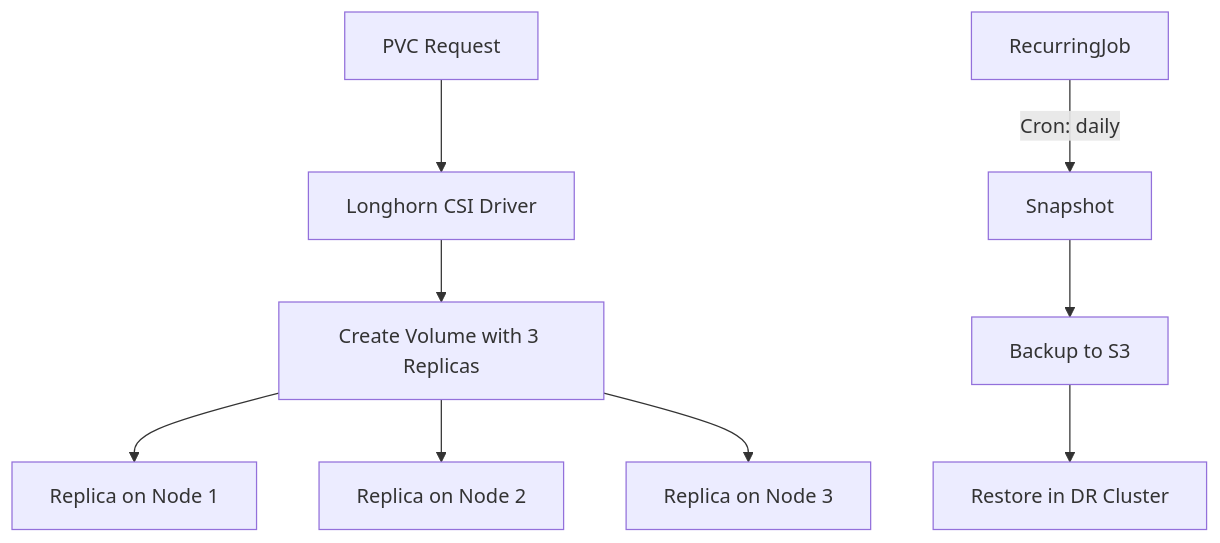
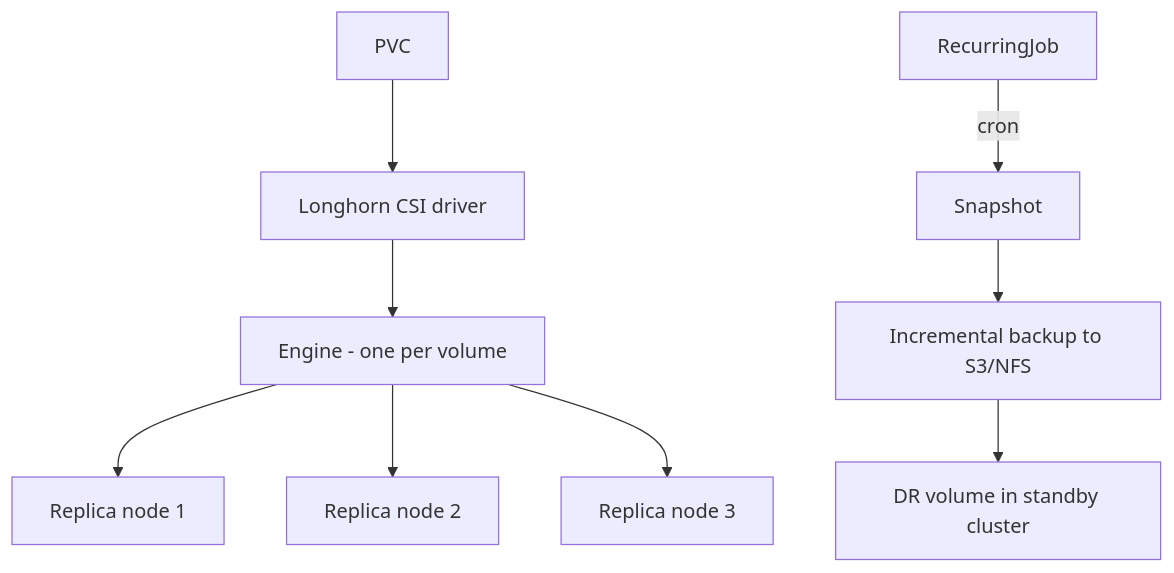
Before and after one commit to greg4fun/kubernetesrecipes.github.io: the diagram in src/content/recipes/longhorn-distributed-storage.md, drawn with Mermaid. The commit also changed other lines of this file and 537 other files, not shown here.

````diff
--- a/src/content/recipes/longhorn-distributed-storage.md
+++ b/src/content/recipes/longhorn-distributed-storage.md
@@ -109,11 +184,11 @@
 ```mermaid
 graph TD
-    A[PVC Request] --> B[Longhorn CSI Driver]
-    B --> C[Create Volume with 3 Replicas]
-    C --> D[Replica on Node 1]
-    C --> E[Replica on Node 2]
-    C --> F[Replica on Node 3]
-    G[RecurringJob] -->|Cron: daily| H[Snapshot]
-    H --> I[Backup to S3]
-    I --> J[Restore in DR Cluster]
+    A[PVC] --> B[Longhorn CSI driver]
+    B --> C[Engine - one per volume]
+    C --> D[Replica node 1]
+    C --> E[Replica node 2]
+    C --> F[Replica node 3]
+    G[RecurringJob] -->|cron| H[Snapshot]
+    H --> I[Incremental backup to S3/NFS]
+    I --> J[DR volume in standby cluster]
 ```
````
